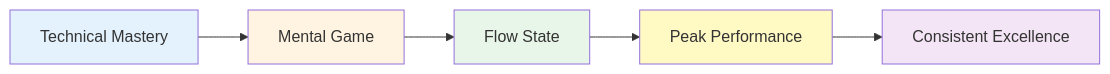
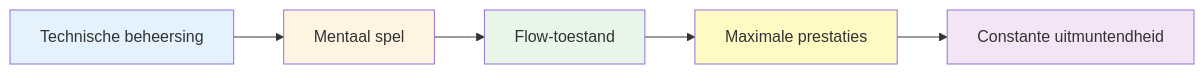
One commit to patwii/petanque-academy changed the second of 2 diagrams in docs/nl/news/index.md. Above: the diagram before and after it, drawn with Mermaid. The commit also changed other lines of this file and 532 other files, not shown here.

````diff
--- a/docs/nl/news/index.md
+++ b/docs/nl/news/index.md
@@ -82,13 +104,13 @@
 ```mermaid
 graph LR
-    A[Technical Mastery] --> B[Mental Game]
-    B --> C[Flow State]
-    C --> D[Peak Performance]
-    D --> E[Consistent Excellence]
+    A[Technische beheersing] --> B[Mentaal spel]
+    B --> C[Flow-toestand]
+    C --> D[Maximale prestaties]
+    D --> E[Constante uitmuntendheid]
 
     style A fill:#e3f2fd
     style B fill:#fff4e1
     style C fill:#e8f5e9
     style D fill:#fff9c4
     style E fill:#f3e5f5
 ```
````
